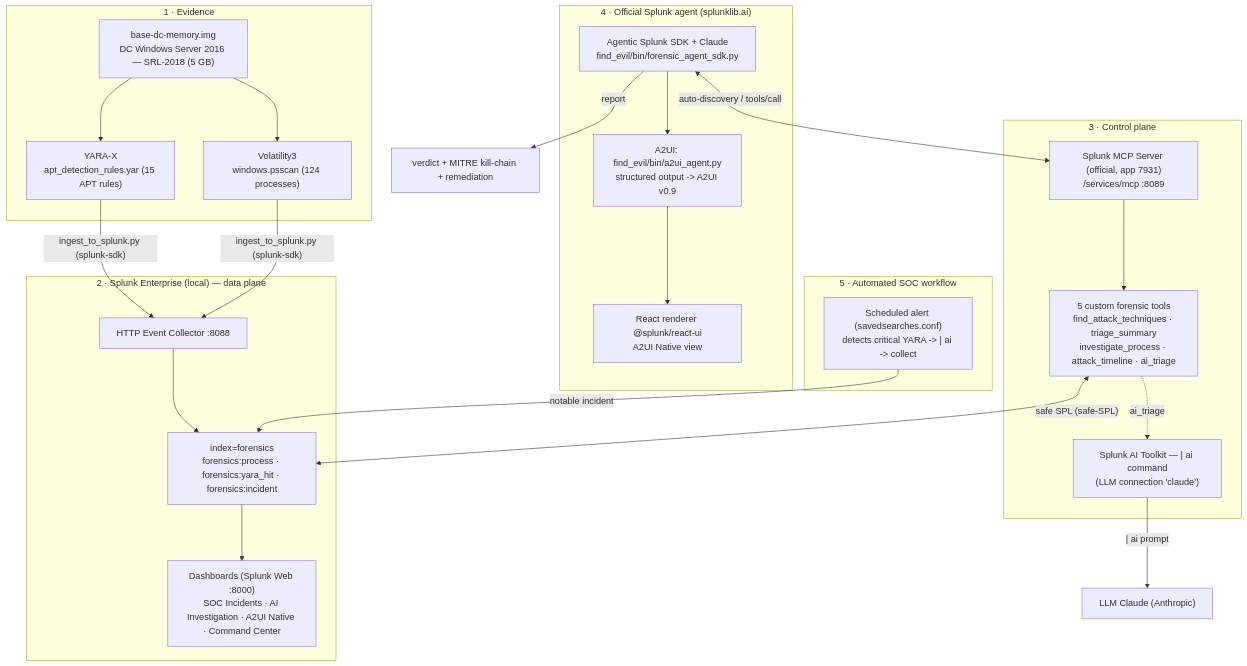
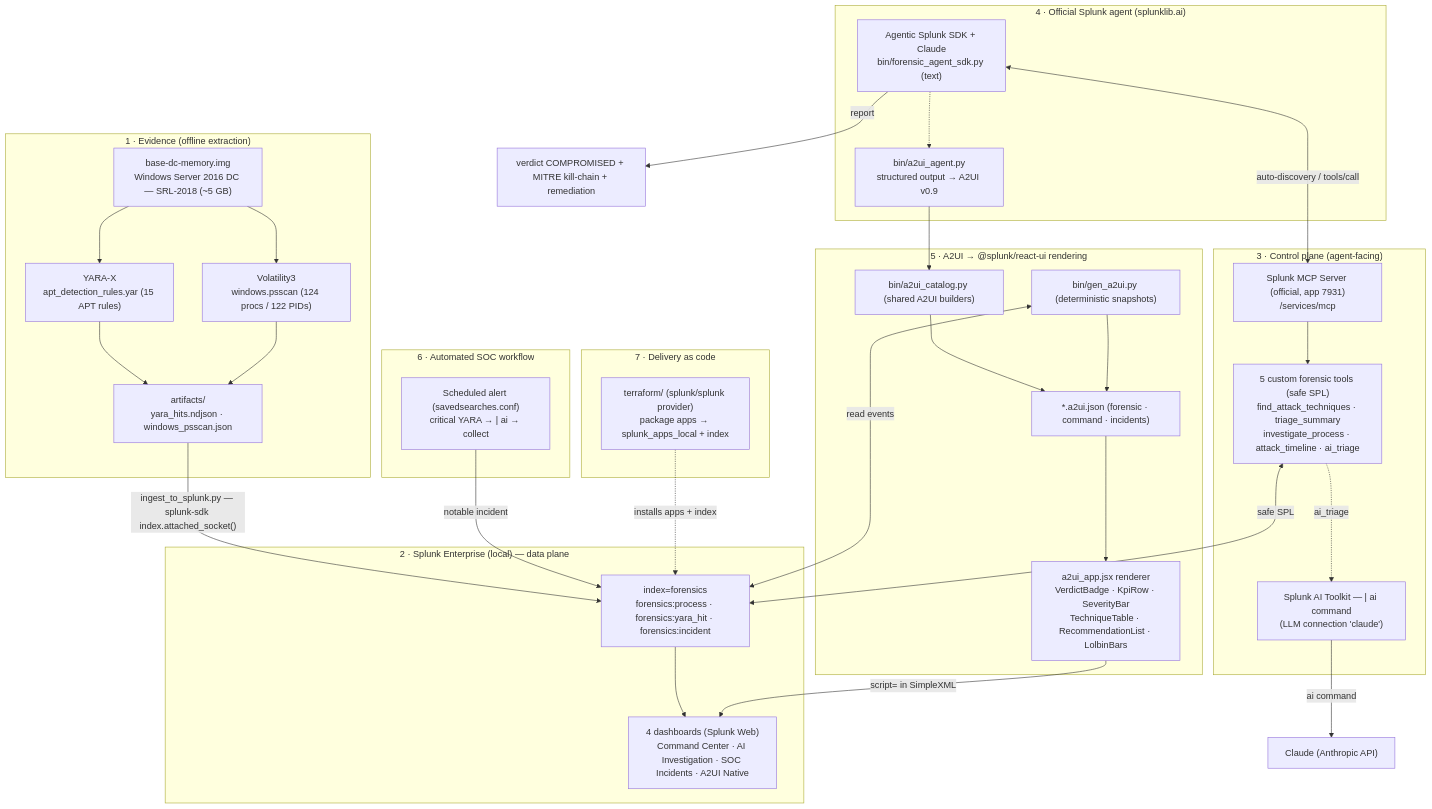
The diagram in ARCHITECTURE.md (julien2613/find-evil-splunk), drawn with Mermaid before and after one commit. The commit also changed other lines of this file and 2 other files, not shown here.

First line of the commit message:
Docs: reflect final state (A2UI everywhere, Terraform, correct ingestion)

````diff
--- a/ARCHITECTURE.md
+++ b/ARCHITECTURE.md
@@ -9,42 +9,60 @@
 ```mermaid
 flowchart TB
-    subgraph EV["1 · Evidence"]
-        IMG["base-dc-memory.img<br/>DC Windows Server 2016 — SRL-2018 (5 GB)"]
+    subgraph EV["1 · Evidence (offline extraction)"]
+        IMG["base-dc-memory.img<br/>Windows Server 2016 DC — SRL-2018 (~5 GB)"]
         YARA["YARA-X<br/>apt_detection_rules.yar (15 APT rules)"]
-        VOL["Volatility3<br/>windows.psscan (124 processes)"]
-        IMG --> YARA & VOL
+        VOL["Volatility3<br/>windows.psscan (124 procs / 122 PIDs)"]
+        ART["artifacts/<br/>yara_hits.ndjson · windows_psscan.json"]
+        IMG --> YARA --> ART
+        IMG --> VOL --> ART
     end
 
     subgraph SPL["2 · Splunk Enterprise (local) — data plane"]
-        HEC["HTTP Event Collector :8088"]
         IDX["index=forensics<br/>forensics:process · forensics:yara_hit · forensics:incident"]
-        DASH["Dashboards (Splunk Web :8000)<br/>SOC Incidents · AI Investigation · A2UI Native · Command Center"]
-        HEC --> IDX --> DASH
+        DASH["4 dashboards (Splunk Web)<br/>Command Center · AI Investigation · SOC Incidents · A2UI Native"]
+        IDX --> DASH
     end
 
-    subgraph MCP["3 · Control plane"]
-        SRV["Splunk MCP Server (official, app 7931)<br/>/services/mcp :8089"]
-        TOOLS["5 custom forensic tools<br/>find_attack_techniques · triage_summary<br/>investigate_process · attack_timeline · ai_triage"]
+    subgraph MCP["3 · Control plane (agent-facing)"]
+        SRV["Splunk MCP Server (official, app 7931)<br/>/services/mcp"]
+        TOOLS["5 custom forensic tools (safe SPL)<br/>find_attack_techniques · triage_summary<br/>investigate_process · attack_timeline · ai_triage"]
         AITK["Splunk AI Toolkit — | ai command<br/>(LLM connection 'claude')"]
         SRV --> TOOLS
         TOOLS -. "ai_triage" .-> AITK
     end
 
     subgraph AGENT["4 · Official Splunk agent (splunklib.ai)"]
-        SDK["Agentic Splunk SDK + Claude<br/>find_evil/bin/forensic_agent_sdk.py"]
-        A2AGENT["A2UI: find_evil/bin/a2ui_agent.py<br/>structured output -> A2UI v0.9"]
-        REACT["React renderer @splunk/react-ui<br/>A2UI Native view"]
-        SDK --> A2AGENT --> REACT
+        SDK["Agentic Splunk SDK + Claude<br/>bin/forensic_agent_sdk.py (text)"]
+        A2AGENT["bin/a2ui_agent.py<br/>structured output → A2UI v0.9"]
+        SDK -.-> A2AGENT
     end
 
-    subgraph WF["5 · Automated SOC workflow"]
-        ALERT["Scheduled alert (savedsearches.conf)<br/>detects critical YARA -> | ai -> collect"]
+    subgraph UI["5 · A2UI → @splunk/react-ui rendering"]
+        CAT["bin/a2ui_catalog.py (shared A2UI builders)"]
+        GEN["bin/gen_a2ui.py (deterministic snapshots)"]
+        SNAP["*.a2ui.json (forensic · command · incidents)"]
+        REACT["a2ui_app.jsx renderer<br/>VerdictBadge · KpiRow · SeverityBar<br/>TechniqueTable · RecommendationList · LolbinBars"]
+        CAT --> SNAP
+        GEN --> SNAP
+        SNAP --> REACT
     end
 
-    YARA & VOL -->|"ingest_to_splunk.py (splunk-sdk)"| HEC
-    TOOLS <-->|"safe SPL (safe-SPL)"| IDX
-    AITK -->|"| ai prompt"| LLM["LLM Claude (Anthropic)"]
+    subgraph WF["6 · Automated SOC workflow"]
+        ALERT["Scheduled alert (savedsearches.conf)<br/>critical YARA → | ai → collect"]
+    end
+
+    ART -->|"ingest_to_splunk.py — splunk-sdk index.attached_socket()"| IDX
+    TOOLS <-->|"safe SPL"| IDX
+    AITK -->|"ai command"| LLM["Claude (Anthropic API)"]
     SDK <-->|"auto-discovery / tools/call"| SRV
+    A2AGENT --> CAT
+    GEN <-->|"read events"| IDX
+    REACT -->|"script= in SimpleXML"| DASH
     ALERT -->|"notable incident"| IDX
-    SDK -->|report| OUT["verdict + MITRE kill-chain + remediation"]
+    SDK -->|report| OUT["verdict COMPROMISED + MITRE kill-chain + remediation"]
+
+    subgraph DEL["7 · Delivery as code"]
+        TF["terraform/ (splunk/splunk provider)<br/>package apps → splunk_apps_local + index"]
+    end
+    TF -.->|"installs apps + index"| IDX
 ```
````
